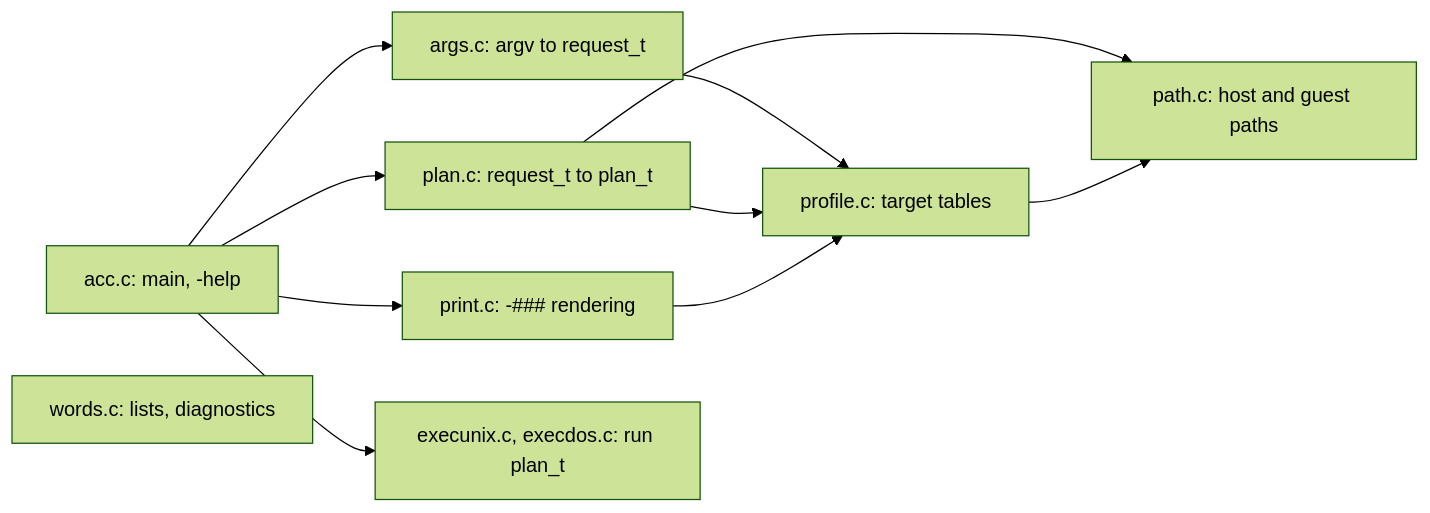
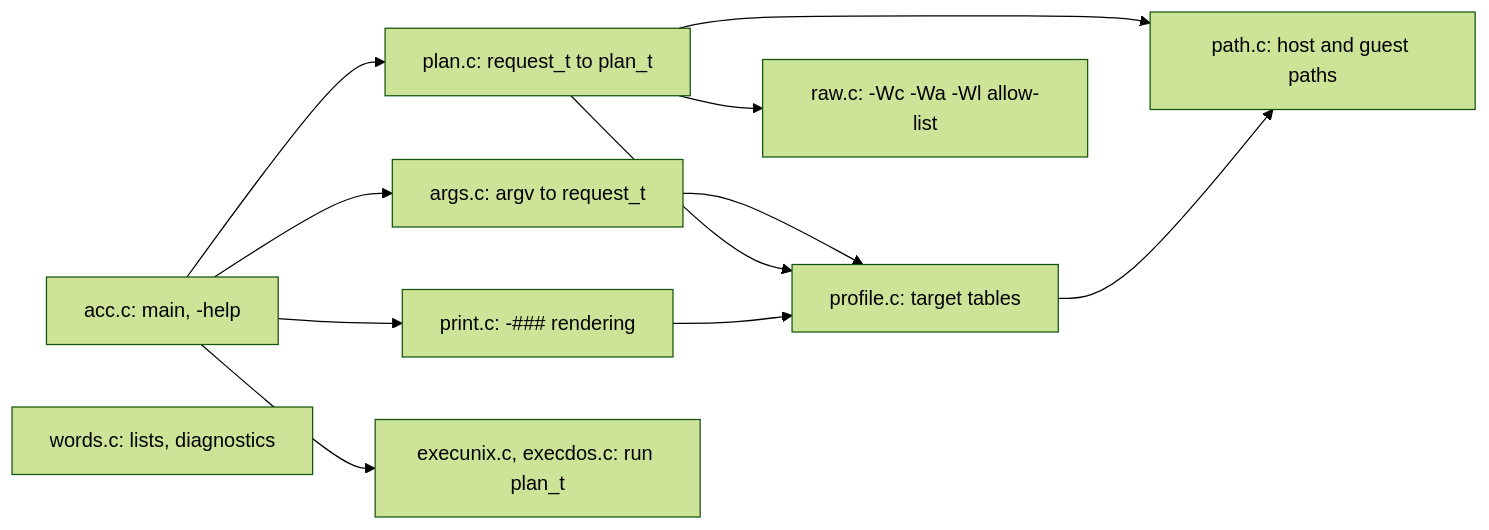
Before and after one commit to tsupplis/cpm86-crossdev: the third of 4 diagrams in src/aztec42-acc/design.md, drawn with Mermaid (forest theme). The commit also changed other lines of this file and 16 other files, not shown here.

````diff
--- a/src/aztec42-acc/design.md
+++ b/src/aztec42-acc/design.md
@@ -615,20 +615,22 @@
 ```mermaid
 flowchart LR
     main["acc.c: main, -help"]
     args["args.c: argv to request_t"]
     profile["profile.c: target tables"]
+    raw["raw.c: -Wc -Wa -Wl allow-list"]
     plan["plan.c: request_t to plan_t"]
     path["path.c: host and guest paths"]
     print["print.c: -### rendering"]
     exec["execunix.c, execdos.c: run plan_t"]
     words["words.c: lists, diagnostics"]
     main --> args
     main --> plan
     main --> print
     main --> exec
     args --> profile
     plan --> profile
+    plan --> raw
     plan --> path
     print --> profile
     profile --> path
 ```
````
